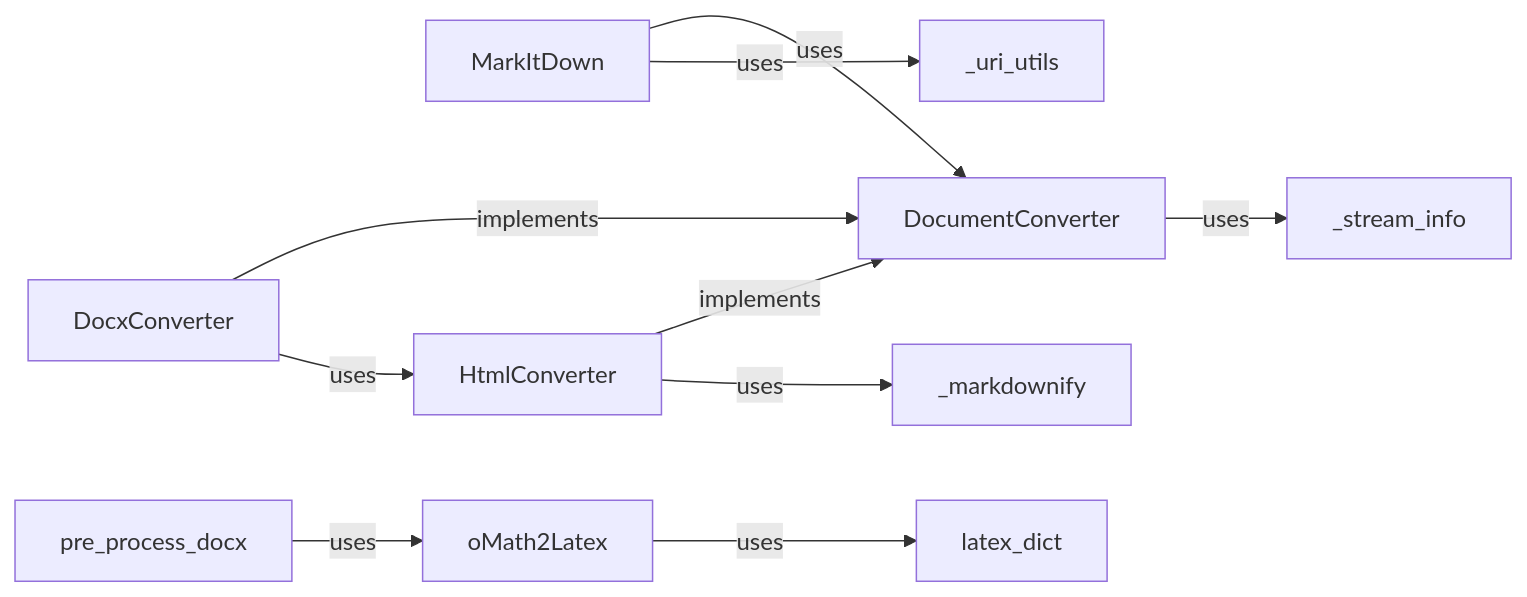
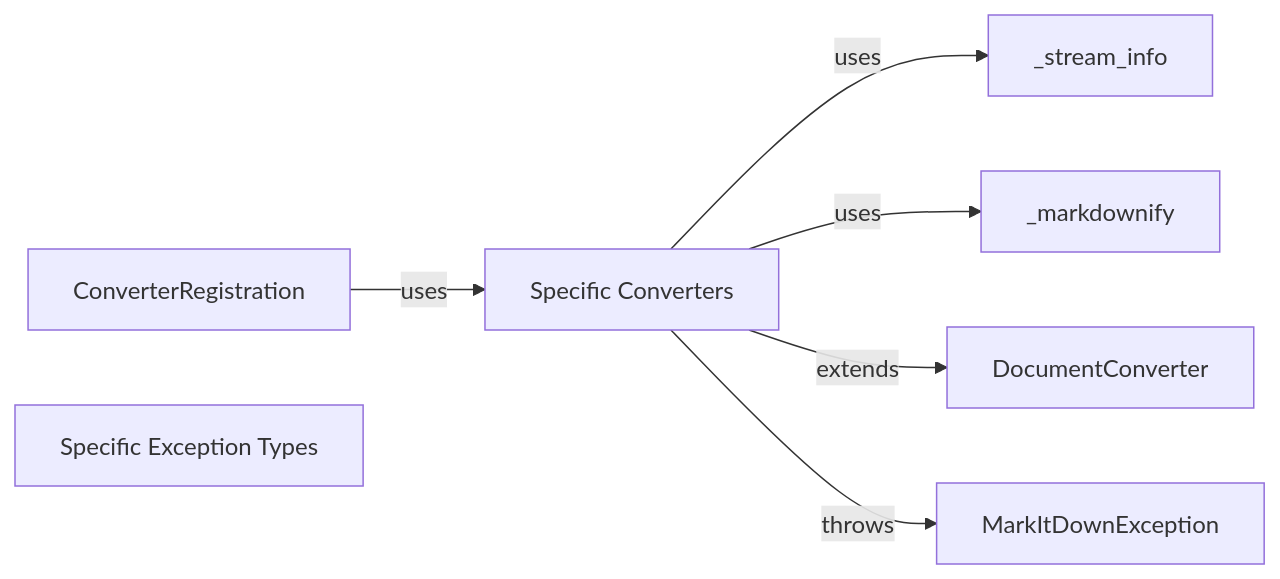
Before and after one commit to CodeBoarding/GeneratedOnBoardings: the diagram in markitdown/DocumentConverter.md, drawn with Mermaid. The commit also changed other lines of this file and 23 other files, not shown here.

````diff
--- a/markitdown/DocumentConverter.md
+++ b/markitdown/DocumentConverter.md
@@ -1,27 +1,16 @@
 ```mermaid
 graph LR
-    MarkItDown["MarkItDown"]
     DocumentConverter["DocumentConverter"]
-    DocxConverter["DocxConverter"]
-    HtmlConverter["HtmlConverter"]
-    pre_process_docx["pre_process_docx"]
-    oMath2Latex["oMath2Latex"]
-    _uri_utils["_uri_utils"]
+    Specific_Converters["Specific Converters"]
+    ConverterRegistration["ConverterRegistration"]
+    MarkItDownException["MarkItDownException"]
+    Specific_Exception_Types["Specific Exception Types"]
     _stream_info["_stream_info"]
     _markdownify["_markdownify"]
-    latex_dict["latex_dict"]
-    MarkItDown -- "uses" --> DocumentConverter
-    MarkItDown -- "uses" --> _uri_utils
-    DocumentConverter -- "uses" --> _stream_info
-    DocxConverter -- "implements" --> DocumentConverter
-    DocxConverter -- "uses" --> HtmlConverter
-    HtmlConverter -- "implements" --> DocumentConverter
-    HtmlConverter -- "uses" --> _markdownify
-    pre_process_docx -- "uses" --> oMath2Latex
-    oMath2Latex -- "uses" --> latex_dict
-    click MarkItDown href "https://github.com/CodeBoarding/GeneratedOnBoardings/blob/main//markitdown/MarkItDown.md" "Details"
+    Specific_Converters -- "uses" --> _stream_info
+    Specific_Converters -- "uses" --> _markdownify
+    Specific_Converters -- "extends" --> DocumentConverter
+    Specific_Converters -- "throws" --> MarkItDownException
+    ConverterRegistration -- "uses" --> Specific_Converters
     click DocumentConverter href "https://github.com/CodeBoarding/GeneratedOnBoardings/blob/main//markitdown/DocumentConverter.md" "Details"
-    click DocxConverter href "https://github.com/CodeBoarding/GeneratedOnBoardings/blob/main//markitdown/DocxConverter.md" "Details"
-    click HtmlConverter href "https://github.com/CodeBoarding/GeneratedOnBoardings/blob/main//markitdown/HtmlConverter.md" "Details"
-    click pre_process_docx href "https://github.com/CodeBoarding/GeneratedOnBoardings/blob/main//markitdown/pre_process_docx.md" "Details"
 ```
````
